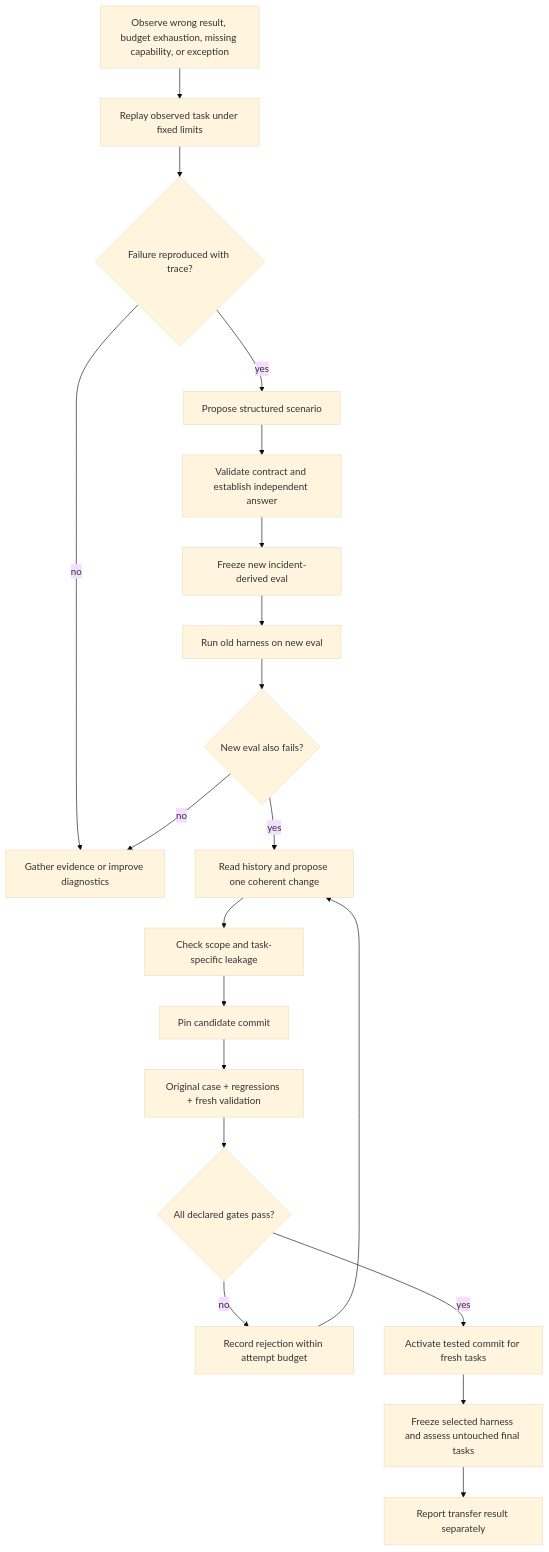
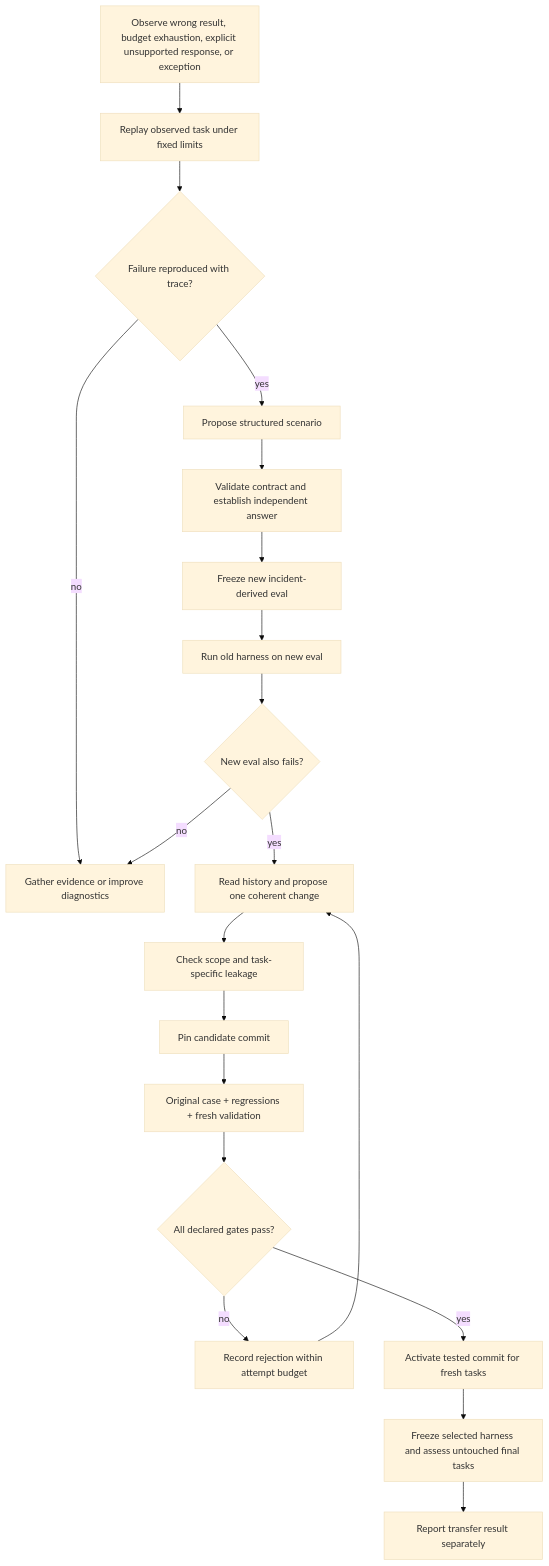
The second of 2 diagrams in docs/architecture.md (DIVYANSHI-PARASHAR/Seal-self-heal-), drawn with Mermaid (base theme) before and after one commit. The commit also changed other lines of this file and 12 other files, not shown here.

````diff
--- a/docs/architecture.md
+++ b/docs/architecture.md
@@ -59,22 +59,22 @@
 ```mermaid
 flowchart TD
-    Observe[Observe wrong result, budget exhaustion, missing capability, or exception] --> Baseline[Replay observed task under fixed limits]
+    Observe[Observe wrong result, budget exhaustion, explicit unsupported response, or exception] --> Baseline[Replay observed task under fixed limits]
     Baseline --> OriginalFailure{Failure reproduced with trace?}
     OriginalFailure -->|no| Evidence[Gather evidence or improve diagnostics]
     OriginalFailure -->|yes| ProposeCase[Propose structured scenario]
     ProposeCase --> Validate[Validate contract and establish independent answer]
     Validate --> Freeze[Freeze new incident-derived eval]
     Freeze --> GeneratedBaseline[Run old harness on new eval]
     GeneratedBaseline --> Reproduced{New eval also fails?}
     Reproduced -->|no| Evidence
     Reproduced -->|yes| Hypothesis[Read history and propose one coherent change]
     Hypothesis --> Screen[Check scope and task-specific leakage]
     Screen --> Candidate[Pin candidate commit]
     Candidate --> Selection[Original case + regressions + fresh validation]
     Selection --> Accept{All declared gates pass?}
     Accept -->|no| Record[Record rejection within attempt budget]
     Record --> Hypothesis
     Accept -->|yes| Promote[Activate tested commit for fresh tasks]
     Promote --> Final[Freeze selected harness and assess untouched final tasks]
     Final --> Report[Report transfer result separately]
 ```
````
